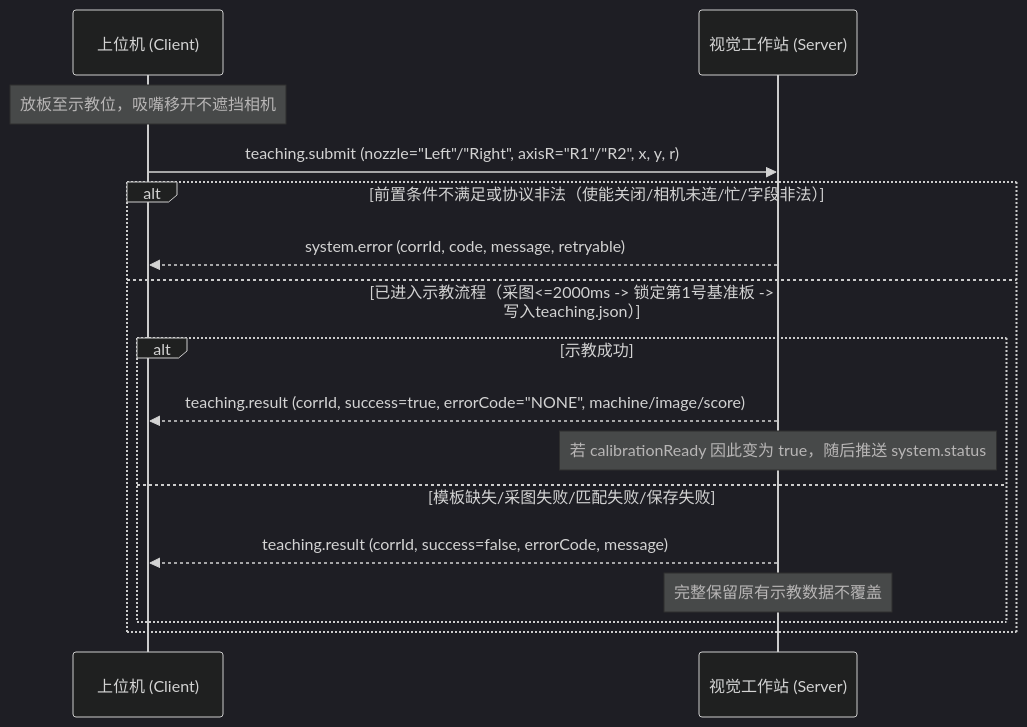
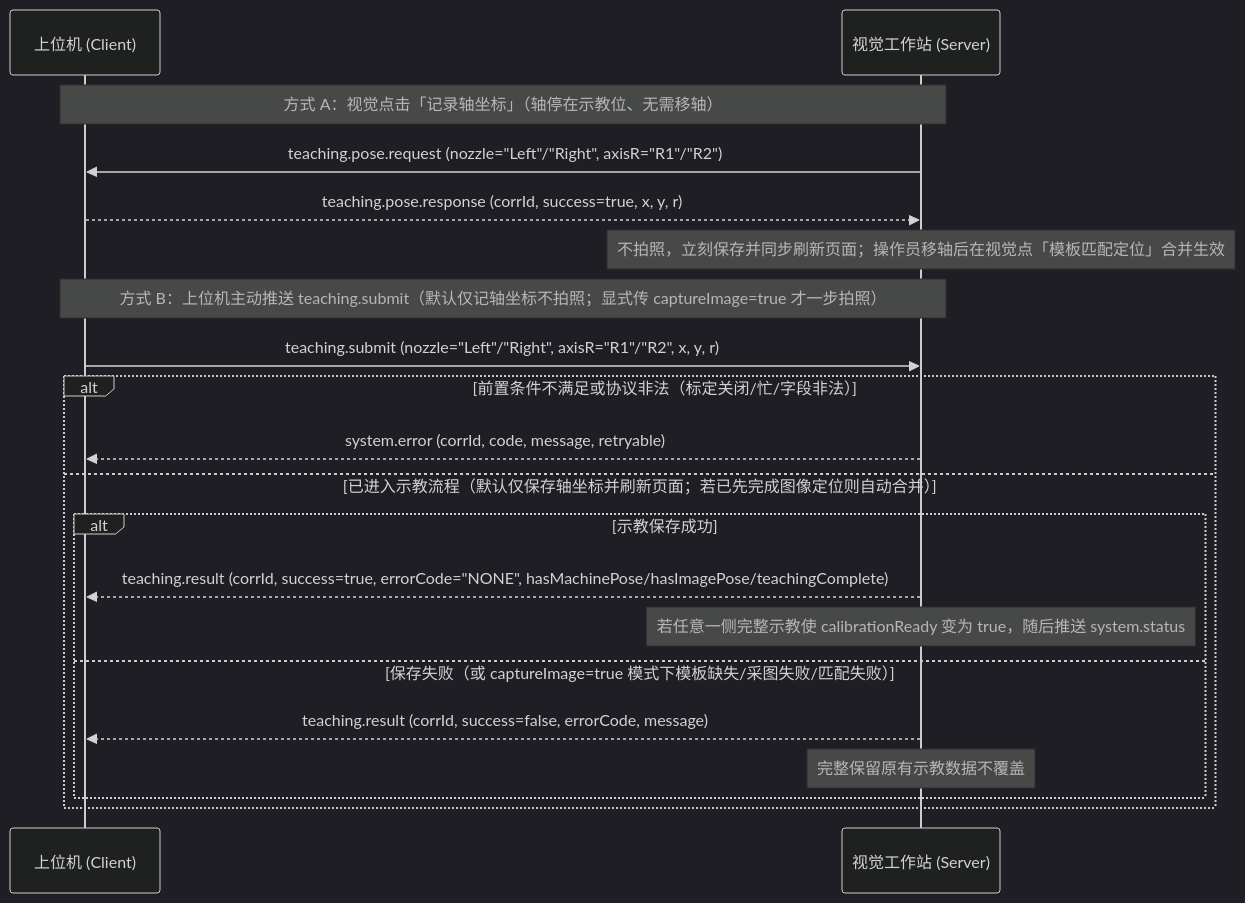
The fourth of 4 diagrams in docs/ZM910A视觉工作站TCP通讯协议规范_v1.1.md (Aoxuan666/NinePointRotationCalibration), drawn with Mermaid (dark theme) before and after one commit. The commit also changed other lines of this file, not shown here.

Commit message:
docs(protocol): specify single-side teaching targets[] parsing rule and teaching.pose query in v1.1 spec

````diff
--- a/docs/ZM910A视觉工作站TCP通讯协议规范_v1.1.md
+++ b/docs/ZM910A视觉工作站TCP通讯协议规范_v1.1.md
@@ -239,20 +241,25 @@
 ```mermaid
 sequenceDiagram
     participant Host as 上位机 (Client)
     participant Vision as 视觉工作站 (Server)
 
-    Note over Host: 放板至示教位，吸嘴移开不遮挡相机
+    Note over Host,Vision: 方式 A：视觉点击「记录轴坐标」（轴停在示教位、无需移轴）
+    Vision->>Host: teaching.pose.request (nozzle="Left"/"Right", axisR="R1"/"R2")
+    Host-->>Vision: teaching.pose.response (corrId, success=true, x, y, r)
+    Note over Vision: 不拍照，立刻保存并同步刷新页面；操作员移轴后在视觉点「模板匹配定位」合并生效
+
+    Note over Host,Vision: 方式 B：上位机主动推送 teaching.submit（默认仅记轴坐标不拍照；显式传 captureImage=true 才一步拍照）
     Host->>Vision: teaching.submit (nozzle="Left"/"Right", axisR="R1"/"R2", x, y, r)
 
-    alt 前置条件不满足或协议非法（使能关闭/相机未连/忙/字段非法）
+    alt 前置条件不满足或协议非法（标定关闭/忙/字段非法）
         Vision-->>Host: system.error (corrId, code, message, retryable)
-    else 已进入示教流程（采图<=2000ms -> 锁定第1号基准板 -> 写入teaching.json）
-        alt 示教成功
-            Vision-->>Host: teaching.result (corrId, success=true, errorCode="NONE", machine/image/score)
-            Note over Vision: 若 calibrationReady 因此变为 true，随后推送 system.status
-        else 模板缺失/采图失败/匹配失败/保存失败
+    else 已进入示教流程（默认仅保存轴坐标并刷新页面；若已先完成图像定位则自动合并）
+        alt 示教保存成功
+            Vision-->>Host: teaching.result (corrId, success=true, errorCode="NONE", hasMachinePose/hasImagePose/teachingComplete)
+            Note over Vision: 若任意一侧完整示教使 calibrationReady 变为 true，随后推送 system.status
+        else 保存失败（或 captureImage=true 模式下模板缺失/采图失败/匹配失败）
             Vision-->>Host: teaching.result (corrId, success=false, errorCode, message)
             Note over Vision: 完整保留原有示教数据不覆盖
         end
     end
 ```
````
